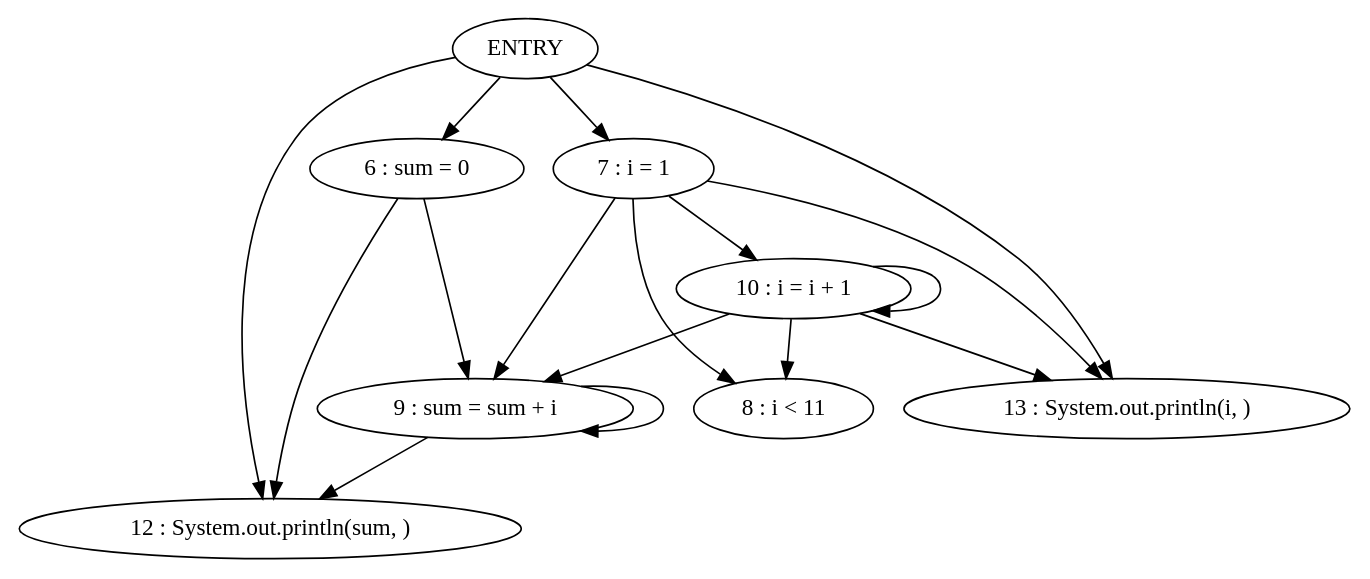
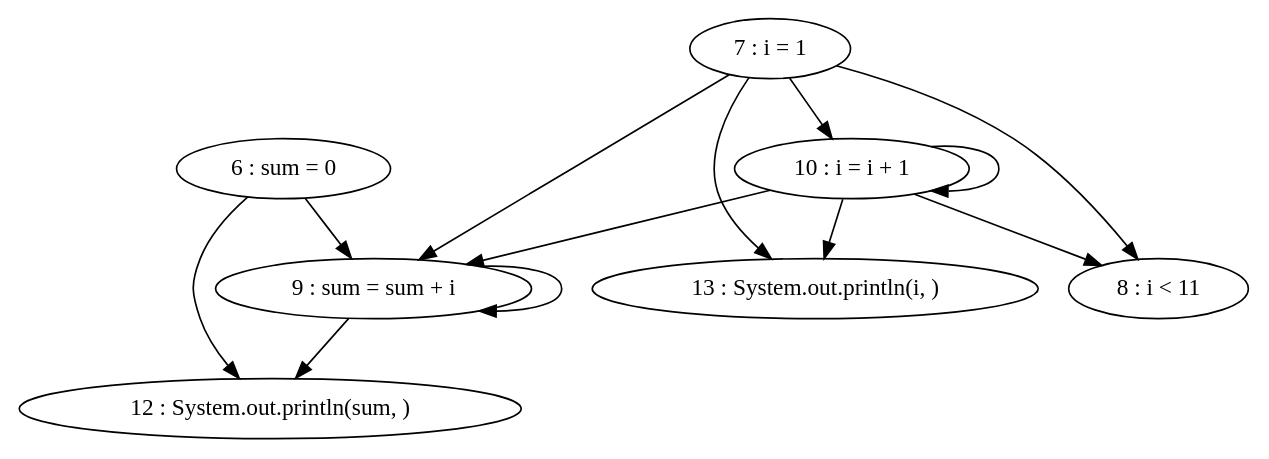
Before and after one commit to thomassimko/thesis-code-duplication: the diagram in pdg/source/PDGSample-print.gv, drawn with Graphviz. The commit also changed 113 other files, not shown here.

```diff
--- a/pdg/source/PDGSample-print.gv
+++ b/pdg/source/PDGSample-print.gv
@@ -1,26 +1,22 @@
 digraph G {
 "6 : sum = 0"
 "6 : sum = 0" -> "12 : System.out.println(sum, )"
 "6 : sum = 0" -> "9 : sum = sum + i"
 "7 : i = 1"
+"7 : i = 1" -> "10 : i = i + 1"
 "7 : i = 1" -> "8 : i < 11"
-"7 : i = 1" -> "10 : i = i + 1"
+"7 : i = 1" -> "13 : System.out.println(i, )"
 "7 : i = 1" -> "9 : sum = sum + i"
-"7 : i = 1" -> "13 : System.out.println(i, )"
 "8 : i < 11"
 "9 : sum = sum + i"
 "9 : sum = sum + i" -> "12 : System.out.println(sum, )"
 "9 : sum = sum + i" -> "9 : sum = sum + i"
 "10 : i = i + 1"
+"10 : i = i + 1" -> "10 : i = i + 1"
 "10 : i = i + 1" -> "8 : i < 11"
-"10 : i = i + 1" -> "10 : i = i + 1"
+"10 : i = i + 1" -> "13 : System.out.println(i, )"
 "10 : i = i + 1" -> "9 : sum = sum + i"
-"10 : i = i + 1" -> "13 : System.out.println(i, )"
 "8 : i < 11"
 "12 : System.out.println(sum, )"
 "13 : System.out.println(i, )"
-ENTRY -> "6 : sum = 0"
-ENTRY -> "12 : System.out.println(sum, )"
-ENTRY -> "7 : i = 1"
-ENTRY -> "13 : System.out.println(i, )"
 }
```
